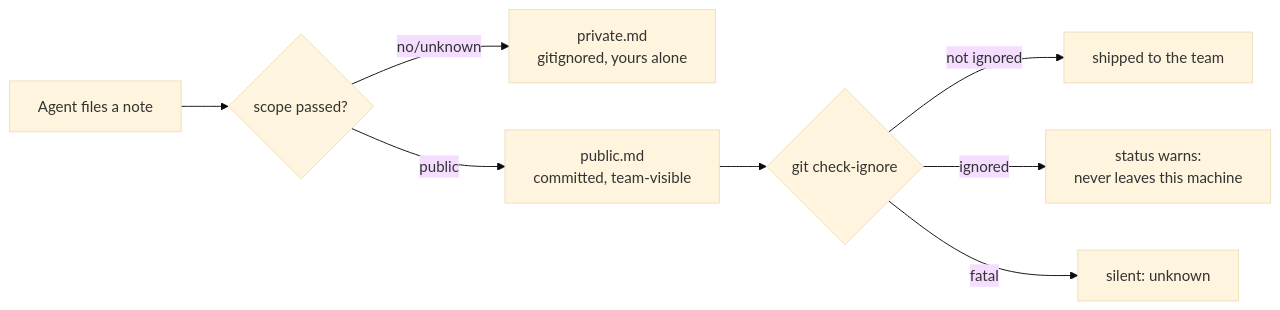
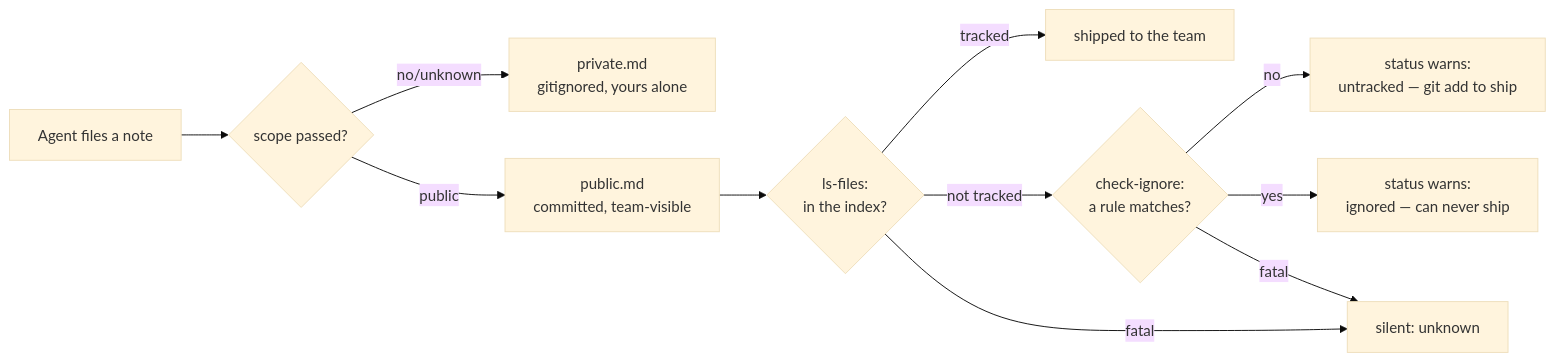
Before and after one commit to kenlin8827/opencode-prime: the diagram in docs/adr/2.0.2-honest-public-scope-in-project-memory.md, drawn with Mermaid (base theme). The commit also changed other lines of this file and 27 other files, not shown here.

````diff
--- a/docs/adr/2.0.2-honest-public-scope-in-project-memory.md
+++ b/docs/adr/2.0.2-honest-public-scope-in-project-memory.md
@@ -30,10 +31,13 @@
 ```mermaid
 flowchart LR
     A[Agent files a note] --> B{scope passed?}
     B -- no/unknown --> P[private.md<br/>gitignored, yours alone]
     B -- public --> U[public.md<br/>committed, team-visible]
-    U --> C{git check-ignore}
-    C -- not ignored --> S[shipped to the team]
-    C -- ignored --> W[status warns:<br/>never leaves this machine]
-    C -- fatal --> N[silent: unknown]
+    U --> T{ls-files:<br/>in the index?}
+    T -- tracked --> S[shipped to the team]
+    T -- not tracked --> I{check-ignore:<br/>a rule matches?}
+    I -- no --> W1[status warns:<br/>untracked — git add to ship]
+    I -- yes --> W2[status warns:<br/>ignored — can never ship]
+    T -- fatal --> N[silent: unknown]
+    I -- fatal --> N
 ```
````
